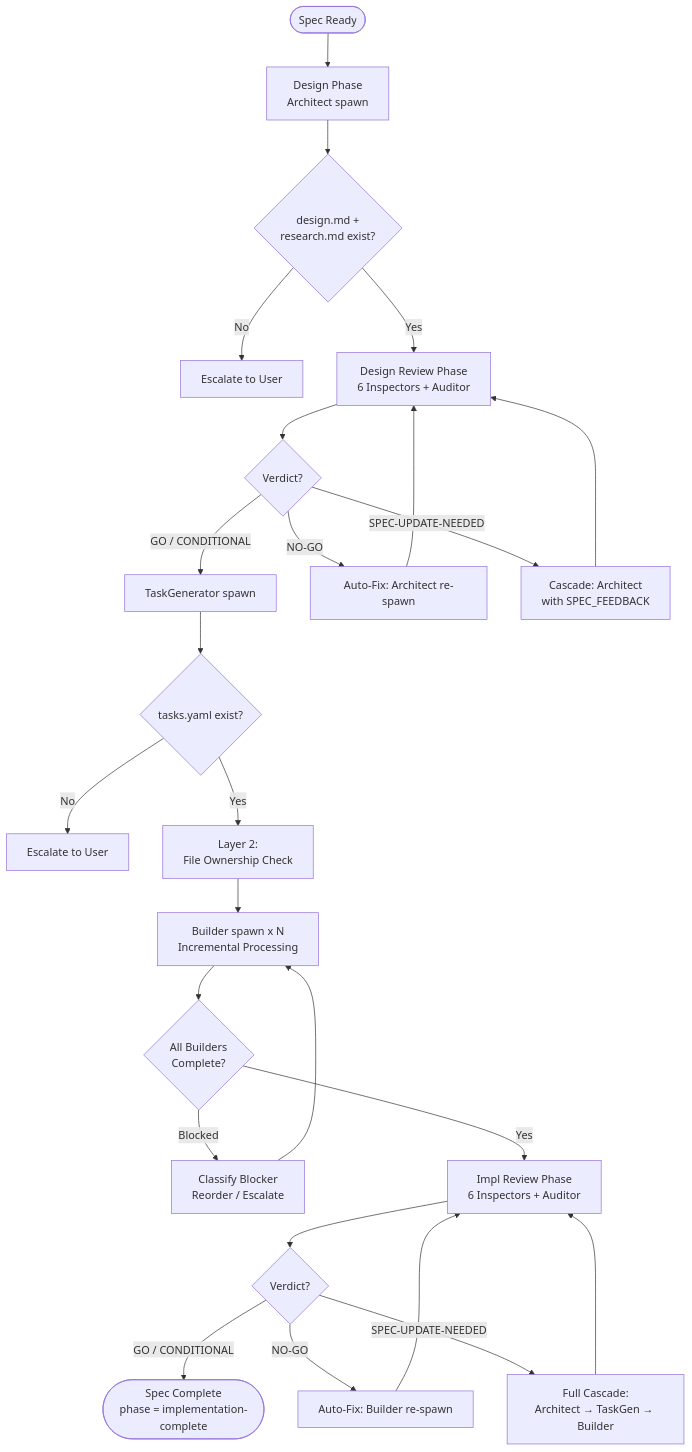
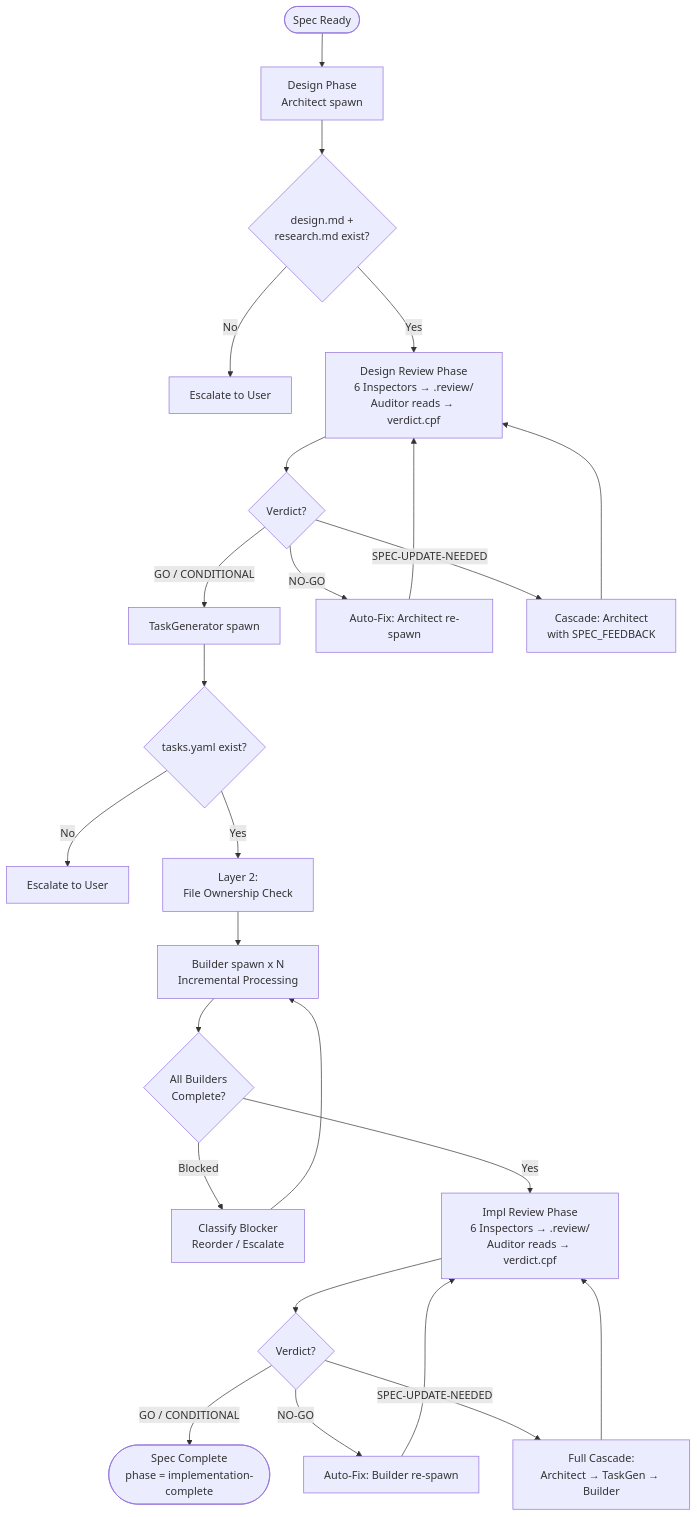
Before and after one commit to sync-dev-org/sync-sdd: the third of 7 diagrams in .claude/sdd/project/specs/roadmap-orchestration/design.md, drawn with Mermaid. The commit also changed other lines of this file and 32 other files, not shown here.

````diff
--- a/.claude/sdd/project/specs/roadmap-orchestration/design.md
+++ b/.claude/sdd/project/specs/roadmap-orchestration/design.md
@@ -170,27 +269,27 @@
 ```mermaid
 flowchart TD
     Start([Spec Ready]) --> Design[Design Phase<br/>Architect spawn]
     Design --> DesignArtifact{design.md +<br/>research.md exist?}
     DesignArtifact -->|No| DesignFail[Escalate to User]
-    DesignArtifact -->|Yes| DesignReview[Design Review Phase<br/>6 Inspectors + Auditor]
+    DesignArtifact -->|Yes| DesignReview[Design Review Phase<br/>6 Inspectors → .review/<br/>Auditor reads → verdict.cpf]
     DesignReview --> DRVerdict{Verdict?}
     DRVerdict -->|GO / CONDITIONAL| TaskGen[TaskGenerator spawn]
     DRVerdict -->|NO-GO| DRFix[Auto-Fix: Architect re-spawn]
     DRFix --> DesignReview
     DRVerdict -->|SPEC-UPDATE-NEEDED| DRSpec[Cascade: Architect<br/>with SPEC_FEEDBACK]
     DRSpec --> DesignReview
     TaskGen --> TaskArtifact{tasks.yaml exist?}
     TaskArtifact -->|No| TaskFail[Escalate to User]
     TaskArtifact -->|Yes| FileOwnership[Layer 2:<br/>File Ownership Check]
     FileOwnership --> Builder[Builder spawn x N<br/>Incremental Processing]
     Builder --> BuilderDone{All Builders<br/>Complete?}
     BuilderDone -->|Blocked| BuilderBlock[Classify Blocker<br/>Reorder / Escalate]
     BuilderBlock --> Builder
-    BuilderDone -->|Yes| ImplReview[Impl Review Phase<br/>6 Inspectors + Auditor]
+    BuilderDone -->|Yes| ImplReview[Impl Review Phase<br/>6 Inspectors → .review/<br/>Auditor reads → verdict.cpf]
     ImplReview --> IRVerdict{Verdict?}
     IRVerdict -->|GO / CONDITIONAL| SpecDone([Spec Complete<br/>phase = implementation-complete])
     IRVerdict -->|NO-GO| IRFix[Auto-Fix: Builder re-spawn]
     IRFix --> ImplReview
     IRVerdict -->|SPEC-UPDATE-NEEDED| IRCascade[Full Cascade:<br/>Architect → TaskGen → Builder]
     IRCascade --> ImplReview
 ```
````
